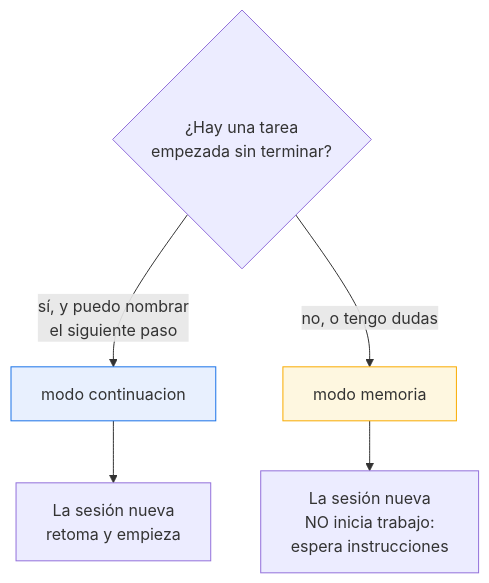
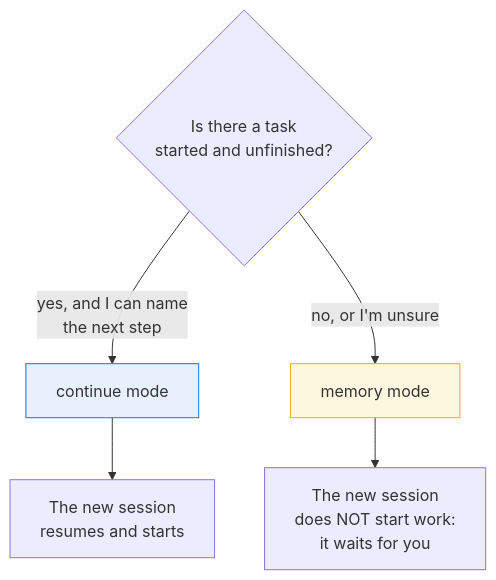
The fourth of 6 diagrams in README.md (mrshelll/baton), drawn with Mermaid before and after one commit. The commit also changed other lines of this file and 50 other files, not shown here.

````diff
--- a/README.md
+++ b/README.md
@@ -78,10 +80,10 @@
 ```mermaid
 flowchart TD
-    Q{"¿Hay una tarea<br/>empezada sin terminar?"}
-    Q -- "sí, y puedo nombrar<br/>el siguiente paso" --> CONT["modo continuacion"]
-    Q -- "no, o tengo dudas" --> MEM["modo memoria"]
-    CONT --> CA["La sesión nueva<br/>retoma y empieza"]
-    MEM --> MA["La sesión nueva<br/>NO inicia trabajo:<br/>espera instrucciones"]
+    Q{"Is there a task<br/>started and unfinished?"}
+    Q -- "yes, and I can name<br/>the next step" --> CONT["continue mode"]
+    Q -- "no, or I'm unsure" --> MEM["memory mode"]
+    CONT --> CA["The new session<br/>resumes and starts"]
+    MEM --> MA["The new session<br/>does NOT start work:<br/>it waits for you"]
     style CONT fill:#e8f0fe,stroke:#1a73e8
     style MEM fill:#fef7e0,stroke:#f9ab00
 ```
````
